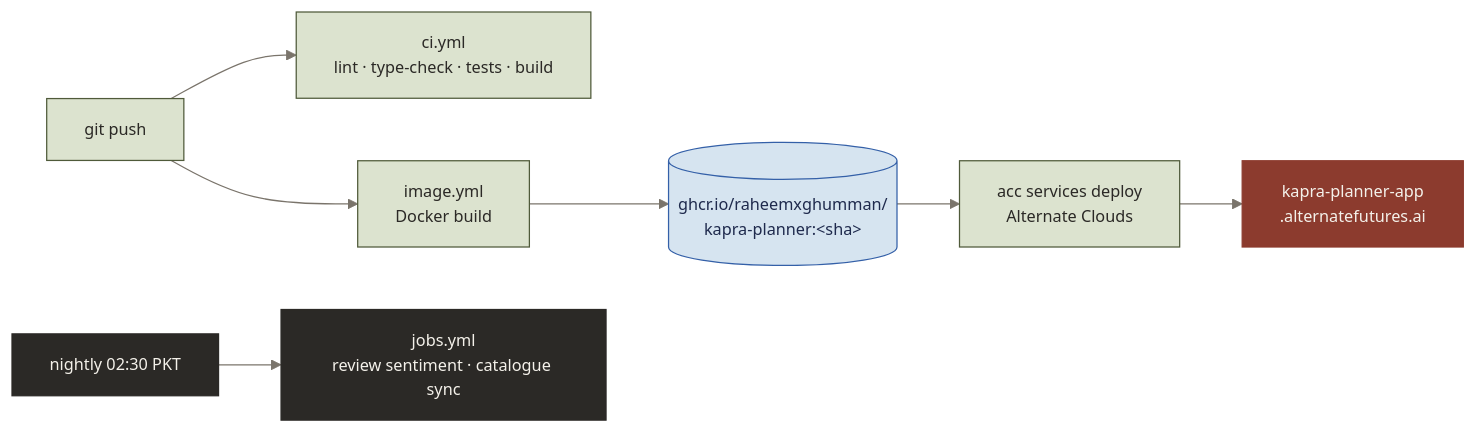
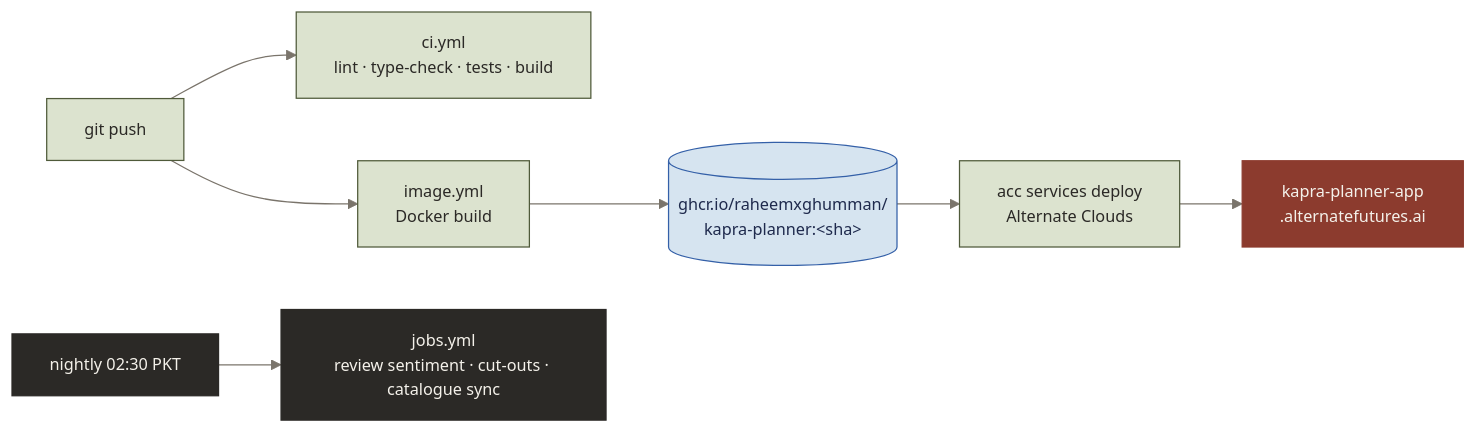
The tenth of 10 diagrams in README.md (raheemxghumman/kapra-planner), drawn with Mermaid before and after one commit. The commit also changed other lines of this file and 1 other file, not shown here.

````diff
--- a/README.md
+++ b/README.md
@@ -619,19 +656,19 @@
 ```mermaid
 %%{init: {'theme':'base','themeVariables':{'fontFamily':'Inter, Segoe UI, sans-serif','fontSize':'13px','lineColor':'#7A746B','edgeLabelBackground':'#F4F1EA'}}}%%
 flowchart LR
   P["git push"] --> CI["ci.yml<br/>lint · type-check · tests · build"]
   P --> IMG["image.yml<br/>Docker build"]
   IMG --> GHCR[("ghcr.io/raheemxghumman/<br/>kapra-planner:&lt;sha&gt;")]
   GHCR --> DEP["acc services deploy<br/>Alternate Clouds"]
   DEP --> LIVE["kapra-planner-app<br/>.alternatefutures.ai"]
-  N["nightly 02:30 PKT"] --> J["jobs.yml<br/>review sentiment · catalogue sync"]
+  N["nightly 02:30 PKT"] --> J["jobs.yml<br/>review sentiment · cut-outs · catalogue sync"]
 
   classDef step fill:#DCE3CF,stroke:#4F5A3A,color:#2B2926
   classDef store fill:#D6E4F0,stroke:#3460A8,color:#1F2A4D
   classDef live fill:#8C3B2E,stroke:#8C3B2E,color:#F4F1EA
   classDef job fill:#2B2926,stroke:#2B2926,color:#F4F1EA
   class P,CI,IMG,DEP step
   class GHCR store
   class LIVE live
   class N,J job
 ```
````
